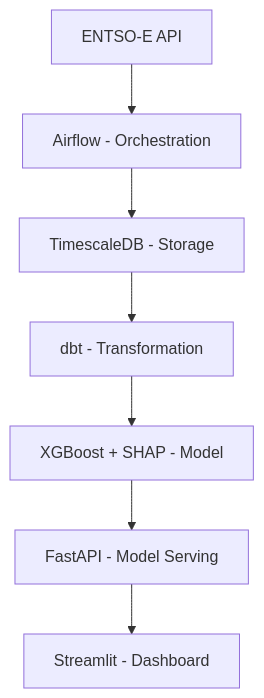
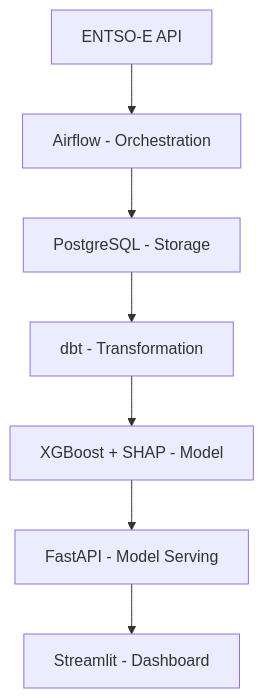
Before and after one commit to srozada/be-smart-energy-consumption: the diagram in README.md, drawn with Mermaid. The commit also changed other lines of this file, not shown here.

````diff
--- a/README.md
+++ b/README.md
@@ -27,9 +27,9 @@
 ```mermaid
 graph TD
     A[ENTSO-E API] --> B[Airflow - Orchestration]
-    B --> C[TimescaleDB - Storage]
+    B --> C[PostgreSQL - Storage]
     C --> D[dbt - Transformation]
     D --> E[XGBoost + SHAP - Model]
     E --> F[FastAPI - Model Serving]
     F --> G[Streamlit - Dashboard]
 ```
````
